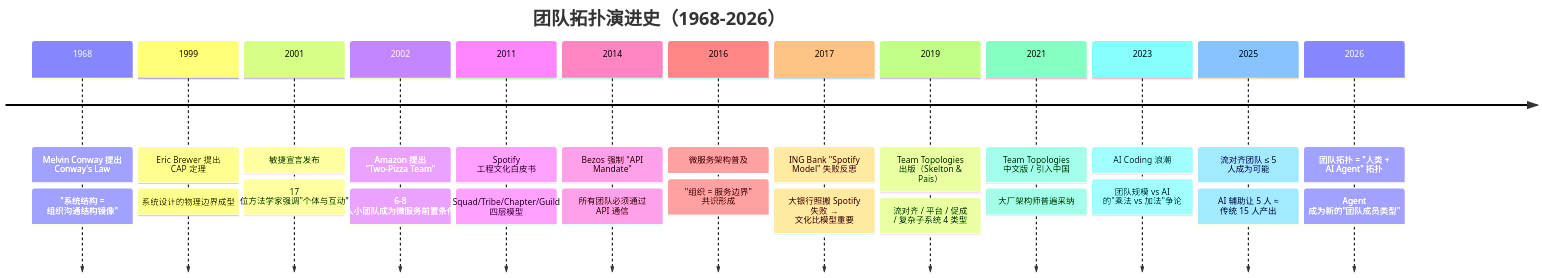
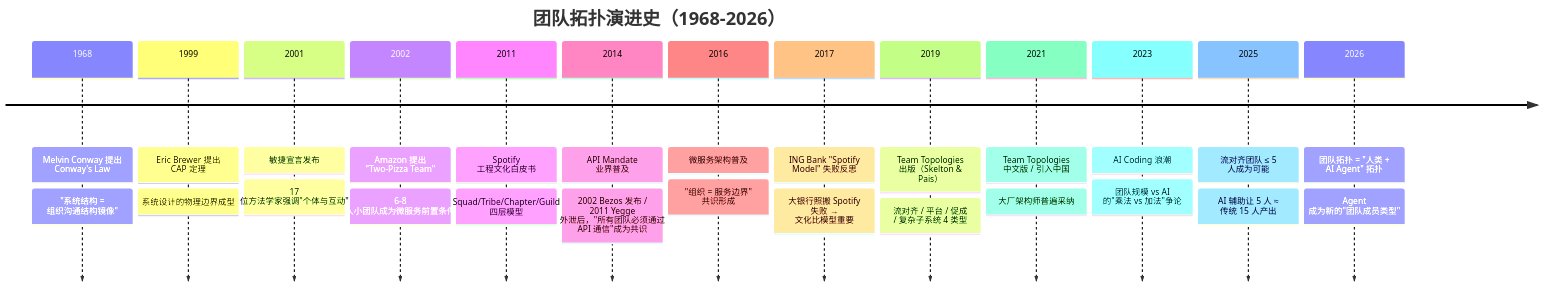
Before and after one commit to wb04307201/note: the first of 2 diagrams in 11.product-and-pm/conways-law-team-topologies/README.md, drawn with Mermaid. The commit also changed other lines of this file and 31 other files, not shown here.

````diff
--- a/11.product-and-pm/conways-law-team-topologies/README.md
+++ b/11.product-and-pm/conways-law-team-topologies/README.md
@@ -252,30 +252,30 @@
 ```mermaid
 timeline
     title 团队拓扑演进史（1968-2026）
     1968 : Melvin Conway 提出 Conway's Law
          : "系统结构 = 组织沟通结构镜像"
     1999 : Eric Brewer 提出 CAP 定理
          : 系统设计的物理边界成型
     2001 : 敏捷宣言发布
          : 17 位方法学家强调"个体与互动"
     2002 : Amazon 提出 "Two-Pizza Team"
          : 6-8 人小团队成为微服务前置条件
     2011 : Spotify 工程文化白皮书
          : Squad/Tribe/Chapter/Guild 四层模型
-    2014 : Bezos 强制 "API Mandate"
-         : 所有团队必须通过 API 通信
+    2014 : API Mandate 业界普及
+         : 2002 Bezos 发布 / 2011 Yegge 外泄后，"所有团队必须通过 API 通信"成为共识
     2016 : 微服务架构普及
          : "组织 = 服务边界" 共识形成
     2017 : ING Bank "Spotify Model" 失败反思
          : 大银行照搬 Spotify 失败 → 文化比模型重要
     2019 : Team Topologies 出版（Skelton & Pais）
          : 流对齐 / 平台 / 促成 / 复杂子系统 4 类型
     2021 : Team Topologies 中文版 / 引入中国
          : 大厂架构师普遍采纳
     2023 : AI Coding 浪潮
          : 团队规模 vs AI 的"乘法 vs 加法"争论
     2025 : 流对齐团队 ≤ 5 人成为可能
          : AI 辅助让 5 人 ≈ 传统 15 人产出
     2026 : 团队拓扑 = "人类 + AI Agent" 拓扑
          : Agent 成为新的"团队成员类型"
 ```
````
